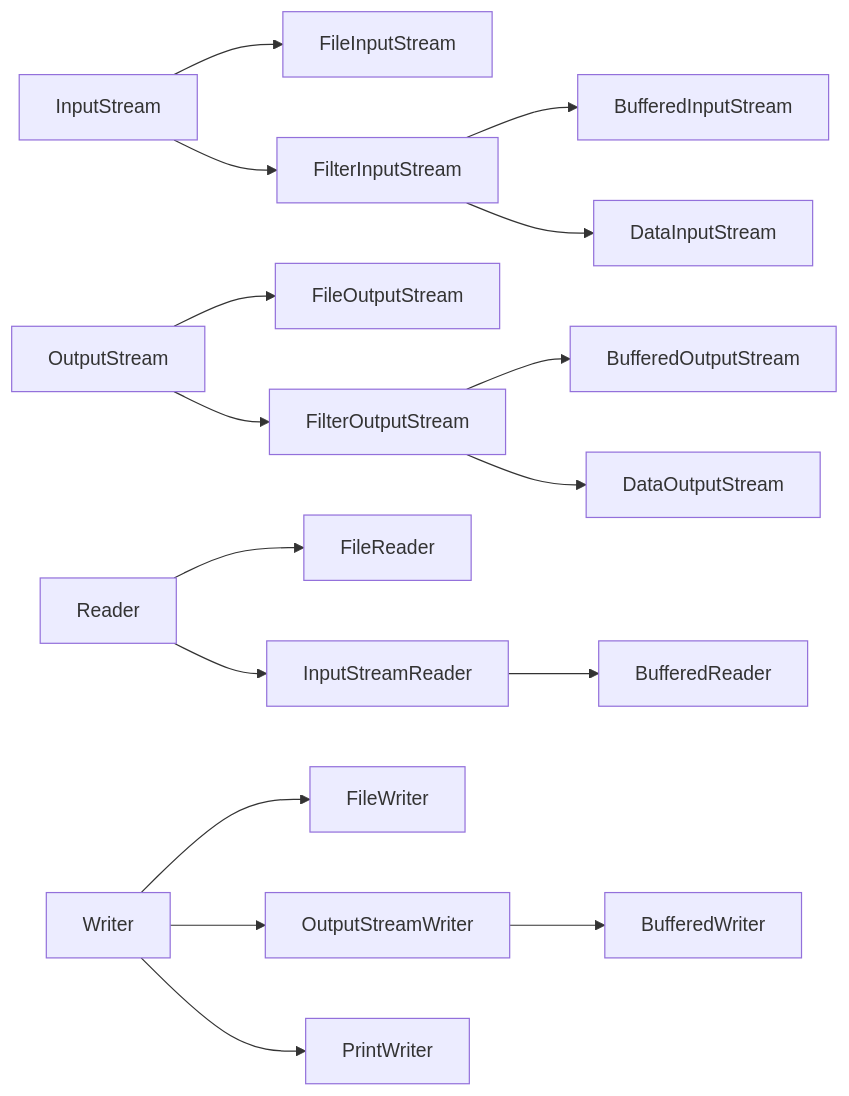
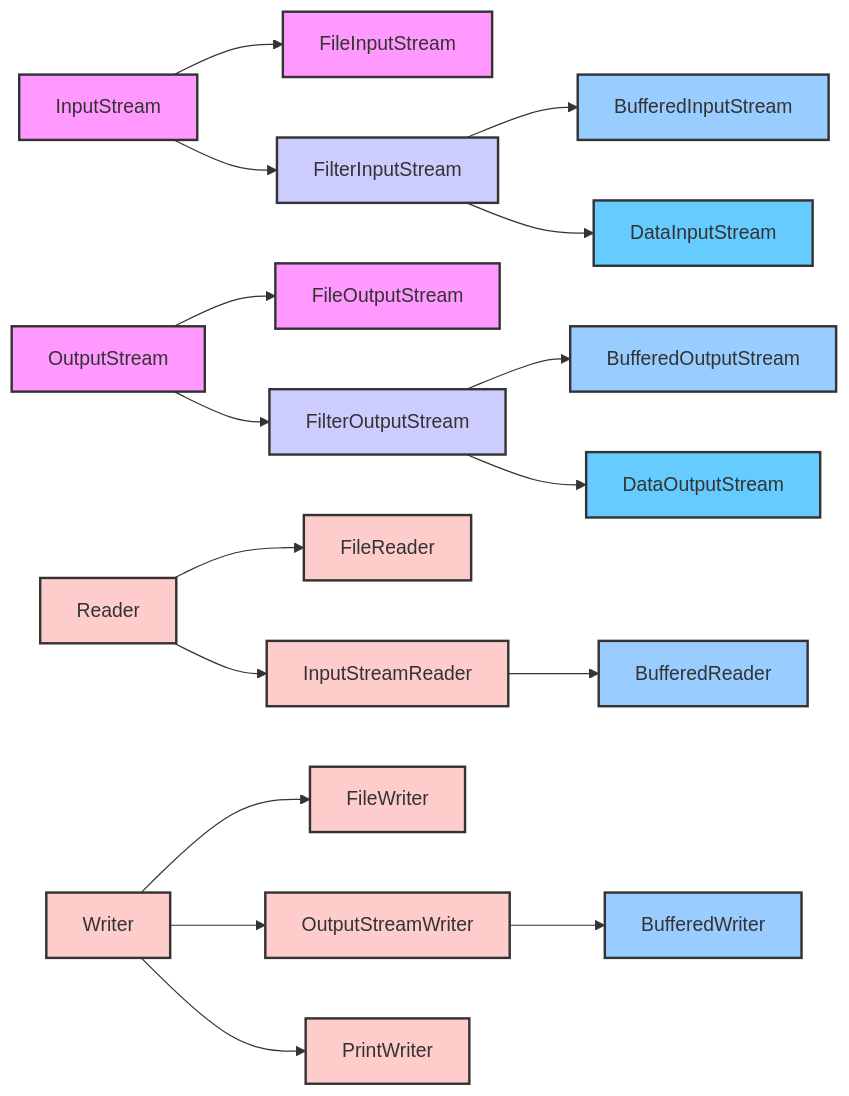
One commit to blankxiao/blankxiao.github.io changed the diagram in src/content/posts/网络编程/流、Reader和Writer.md. Above: the diagram before and after it, drawn with Mermaid. The commit also changed other lines of this file and 37 other files, not shown here.

````diff
--- a/src/content/posts/网络编程/流、Reader和Writer.md
+++ b/src/content/posts/网络编程/流、Reader和Writer.md
@@ -21,21 +21,27 @@
 ```mermaid
 graph LR
-    InputStream --> FileInputStream
-    InputStream --> FilterInputStream
-    FilterInputStream --> BufferedInputStream
-    FilterInputStream --> DataInputStream
+    classDef base fill:#f9f,stroke:#333,stroke-width:2px
+    classDef filter fill:#ccf,stroke:#333,stroke-width:2px
+    classDef buffered fill:#9cf,stroke:#333,stroke-width:2px
+    classDef data fill:#6cf,stroke:#333,stroke-width:2px
+    classDef readerWriter fill:#fcc,stroke:#333,stroke-width:2px
 
-    OutputStream --> FileOutputStream
-    OutputStream --> FilterOutputStream
-    FilterOutputStream --> BufferedOutputStream
-    FilterOutputStream --> DataOutputStream
+    InputStream[InputStream]:::base --> FileInputStream[FileInputStream]:::base
+    InputStream[InputStream]:::base --> FilterInputStream[FilterInputStream]:::filter
+    FilterInputStream[FilterInputStream]:::filter --> BufferedInputStream[BufferedInputStream]:::buffered
+    FilterInputStream[FilterInputStream]:::filter --> DataInputStream[DataInputStream]:::data
 
-    Reader --> FileReader
-    Reader --> InputStreamReader
-    InputStreamReader --> BufferedReader
+    OutputStream[OutputStream]:::base --> FileOutputStream[FileOutputStream]:::base
+    OutputStream[OutputStream]:::base --> FilterOutputStream[FilterOutputStream]:::filter
+    FilterOutputStream[FilterOutputStream]:::filter --> BufferedOutputStream[BufferedOutputStream]:::buffered
+    FilterOutputStream[FilterOutputStream]:::filter --> DataOutputStream[DataOutputStream]:::data
 
-    Writer --> FileWriter
-    Writer --> OutputStreamWriter
-    OutputStreamWriter --> BufferedWriter
-    Writer --> PrintWriter
+    Reader[Reader]:::readerWriter --> FileReader[FileReader]:::readerWriter
+    Reader[Reader]:::readerWriter --> InputStreamReader[InputStreamReader]:::readerWriter
+    InputStreamReader[InputStreamReader]:::readerWriter --> BufferedReader[BufferedReader]:::buffered
+
+    Writer[Writer]:::readerWriter --> FileWriter[FileWriter]:::readerWriter
+    Writer[Writer]:::readerWriter --> OutputStreamWriter[OutputStreamWriter]:::readerWriter
+    OutputStreamWriter[OutputStreamWriter]:::readerWriter --> BufferedWriter[BufferedWriter]:::buffered
+    Writer[Writer]:::readerWriter --> PrintWriter[PrintWriter]:::readerWriter
 ```
````
